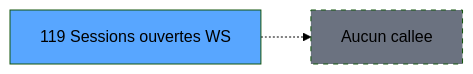
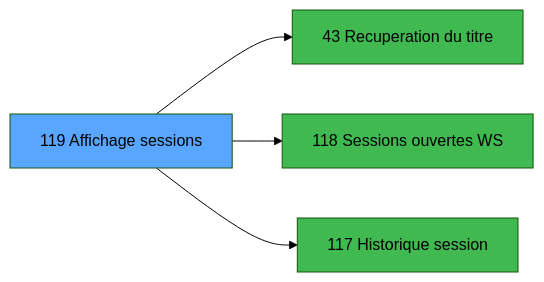
The third of 3 diagrams in .openspec/specs/ADH-IDE-119.md (thonyAGP/lecteur-magic), drawn with Mermaid (forest theme) before and after one commit. The commit also changed other lines of this file and 493 other files, not shown here.

````diff
--- a/.openspec/specs/ADH-IDE-119.md
+++ b/.openspec/specs/ADH-IDE-119.md
@@ -163,8 +270,14 @@
 ```mermaid
 graph LR
-    T119[119 Sessions ouvertes WS]
+    T119[119 Affichage sessions]
     style T119 fill:#58a6ff
-    NONE[Aucun callee]
-    T119 -.-> NONE
-    style NONE fill:#6b7280,stroke-dasharray: 5 5
+    C43[43 Recuperation du titre]
+    T119 --> C43
+    style C43 fill:#3fb950
+    C118[118 Sessions ouvertes WS]
+    T119 --> C118
+    style C118 fill:#3fb950
+    C117[117 Historique session]
+    T119 --> C117
+    style C117 fill:#3fb950
 ```
````
